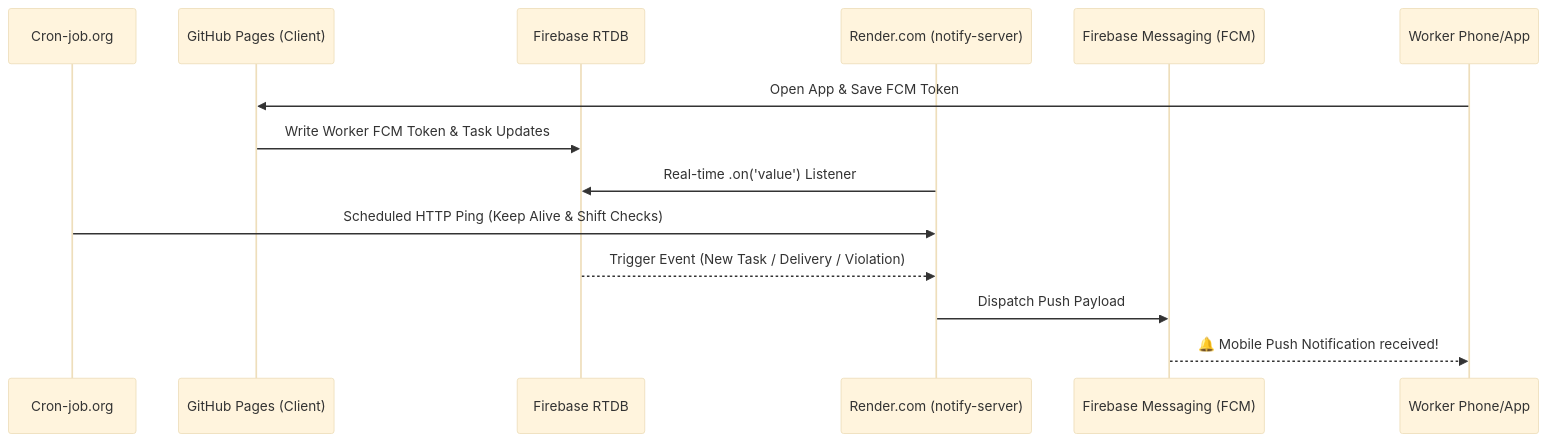
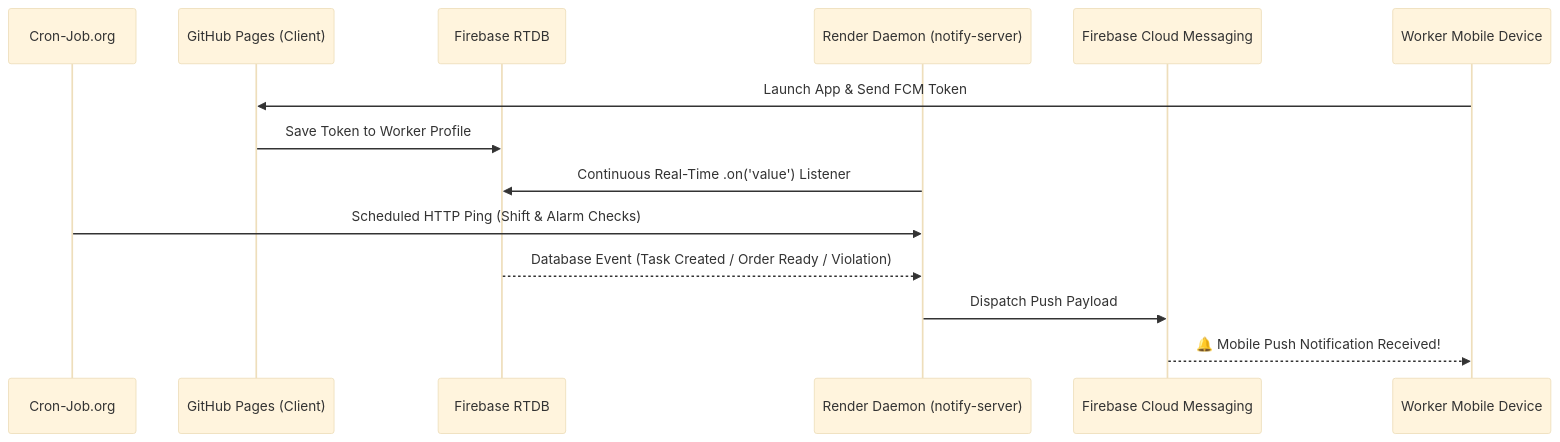
Before and after one commit to kinanx7/dashboard: the second of 2 diagrams in PROJECT_OVERVIEW.md, drawn with Mermaid (base theme). The commit also changed other lines of this file and 5 other files, not shown here.

````diff
--- a/PROJECT_OVERVIEW.md
+++ b/PROJECT_OVERVIEW.md
@@ -92,17 +141,17 @@
 ```mermaid
 sequenceDiagram
-    participant Cron as Cron-job.org
-    participant GH as GitHub Pages (Client)
+    participant Cron as Cron-Job.org
+    participant Client as GitHub Pages (Client)
     participant RTDB as Firebase RTDB
-    participant Render as Render.com (notify-server)
-    participant FCM as Firebase Messaging (FCM)
-    participant Worker as Worker Phone/App
+    participant Render as Render Daemon (notify-server)
+    participant FCM as Firebase Cloud Messaging
+    participant Mobile as Worker Mobile Device
 
-    Worker->>GH: Open App & Save FCM Token
-    GH->>RTDB: Write Worker FCM Token & Task Updates
-    Render->>RTDB: Real-time .on('value') Listener
-    Cron->>Render: Scheduled HTTP Ping (Keep Alive & Shift Checks)
-    RTDB-->>Render: Trigger Event (New Task / Delivery / Violation)
+    Mobile->>Client: Launch App & Send FCM Token
+    Client->>RTDB: Save Token to Worker Profile
+    Render->>RTDB: Continuous Real-Time .on('value') Listener
+    Cron->>Render: Scheduled HTTP Ping (Shift & Alarm Checks)
+    RTDB-->>Render: Database Event (Task Created / Order Ready / Violation)
     Render->>FCM: Dispatch Push Payload
-    FCM-->>Worker: 🔔 Mobile Push Notification received!
+    FCM-->>Mobile: 🔔 Mobile Push Notification Received!
 ```
````
